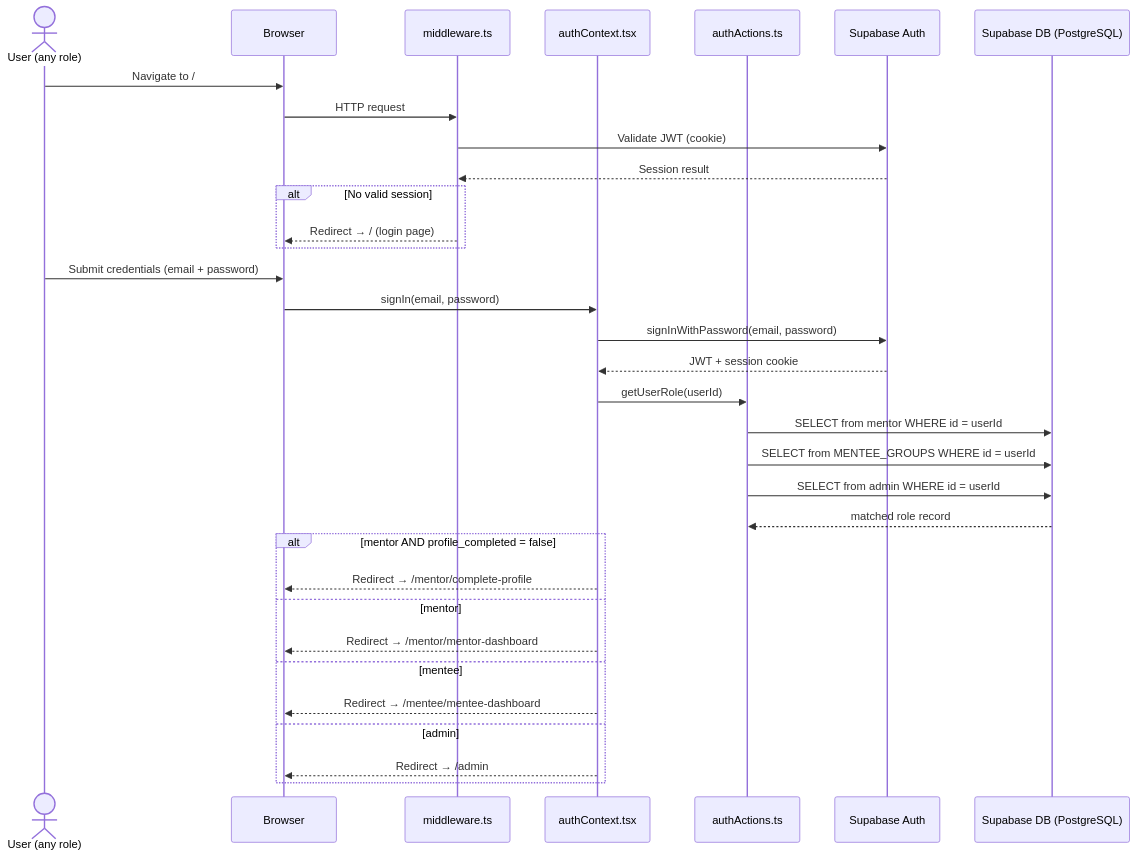
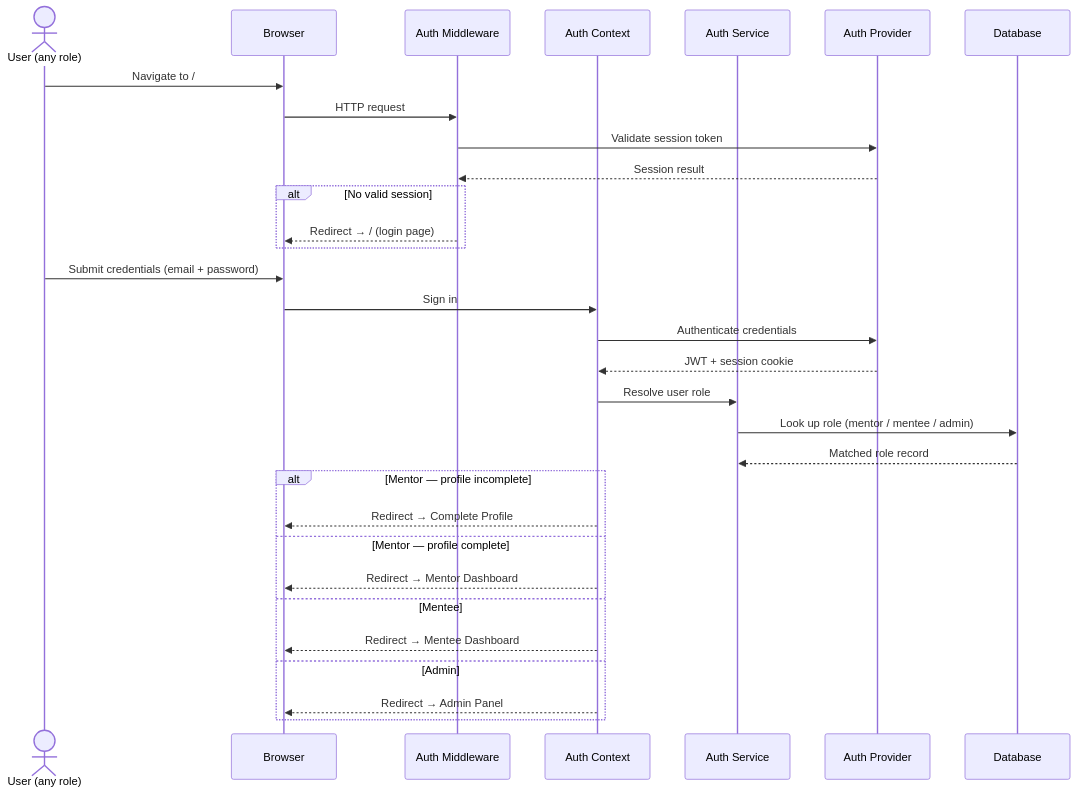
The first of 7 diagrams in docs/system-diagrams.md (ieqisg/fortis-nexus), drawn with Mermaid before and after one commit. The commit also changed other lines of this file, not shown here.

````diff
--- a/docs/system-diagrams.md
+++ b/docs/system-diagrams.md
@@ -11,40 +11,38 @@
 ```mermaid
 sequenceDiagram
     actor User as User (any role)
-    participant Browser as Browser
-    participant MW as middleware.ts
-    participant AuthCtx as authContext.tsx
-    participant AuthActions as authActions.ts
-    participant SupaAuth as Supabase Auth
-    participant DB as Supabase DB (PostgreSQL)
+    participant Browser
+    participant Auth Middleware
+    participant Auth Context
+    participant Auth Service
+    participant Auth Provider
+    participant Database
 
     User->>Browser: Navigate to /
-    Browser->>MW: HTTP request
-    MW->>SupaAuth: Validate JWT (cookie)
-    SupaAuth-->>MW: Session result
+    Browser->>Auth Middleware: HTTP request
+    Auth Middleware->>Auth Provider: Validate session token
+    Auth Provider-->>Auth Middleware: Session result
 
     alt No valid session
-        MW-->>Browser: Redirect → / (login page)
+        Auth Middleware-->>Browser: Redirect → / (login page)
     end
 
     User->>Browser: Submit credentials (email + password)
-    Browser->>AuthCtx: signIn(email, password)
-    AuthCtx->>SupaAuth: signInWithPassword(email, password)
-    SupaAuth-->>AuthCtx: JWT + session cookie
+    Browser->>Auth Context: Sign in
+    Auth Context->>Auth Provider: Authenticate credentials
+    Auth Provider-->>Auth Context: JWT + session cookie
 
-    AuthCtx->>AuthActions: getUserRole(userId)
-    AuthActions->>DB: SELECT from mentor WHERE id = userId
-    AuthActions->>DB: SELECT from MENTEE_GROUPS WHERE id = userId
-    AuthActions->>DB: SELECT from admin WHERE id = userId
-    DB-->>AuthActions: matched role record
+    Auth Context->>Auth Service: Resolve user role
+    Auth Service->>Database: Look up role (mentor / mentee / admin)
+    Database-->>Auth Service: Matched role record
 
-    alt mentor AND profile_completed = false
-        AuthCtx-->>Browser: Redirect → /mentor/complete-profile
-    else mentor
-        AuthCtx-->>Browser: Redirect → /mentor/mentor-dashboard
-    else mentee
-        AuthCtx-->>Browser: Redirect → /mentee/mentee-dashboard
-    else admin
-        AuthCtx-->>Browser: Redirect → /admin
+    alt Mentor — profile incomplete
+        Auth Context-->>Browser: Redirect → Complete Profile
+    else Mentor — profile complete
+        Auth Context-->>Browser: Redirect → Mentor Dashboard
+    else Mentee
+        Auth Context-->>Browser: Redirect → Mentee Dashboard
+    else Admin
+        Auth Context-->>Browser: Redirect → Admin Panel
     end
 ```
````
